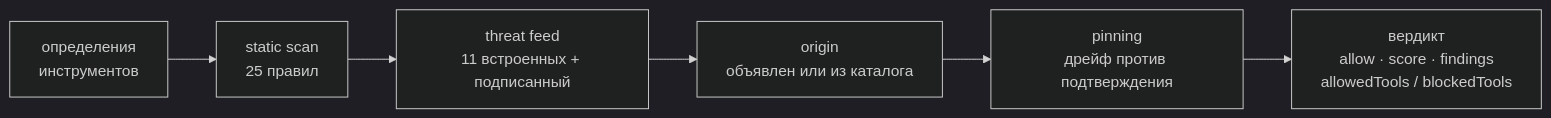
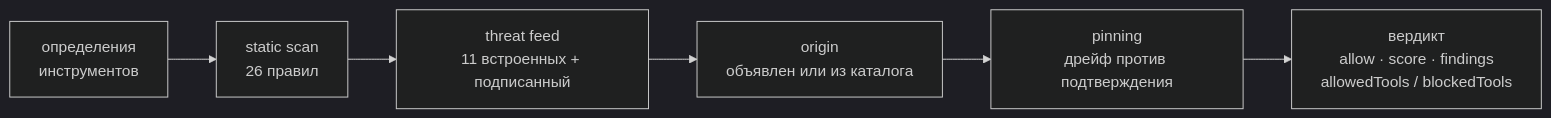
Before and after one commit to alexar76/warden: the diagram in README-ru.md, drawn with Mermaid (dark theme). The commit also changed other lines of this file and 22 other files, not shown here.

````diff
--- a/README-ru.md
+++ b/README-ru.md
@@ -137,8 +137,8 @@
 ```mermaid
 flowchart LR
-  T["определения<br/>инструментов"] --> S["static scan<br/>25 правил"]
+  T["определения<br/>инструментов"] --> S["static scan<br/>26 правил"]
   S --> F["threat feed<br/>11 встроенных + подписанный"]
   F --> O["origin<br/>объявлен или из каталога"]
   O --> P["pinning<br/>дрейф против подтверждения"]
   P --> V["вердикт<br/>allow · score · findings<br/>allowedTools / blockedTools"]
 ```
````
